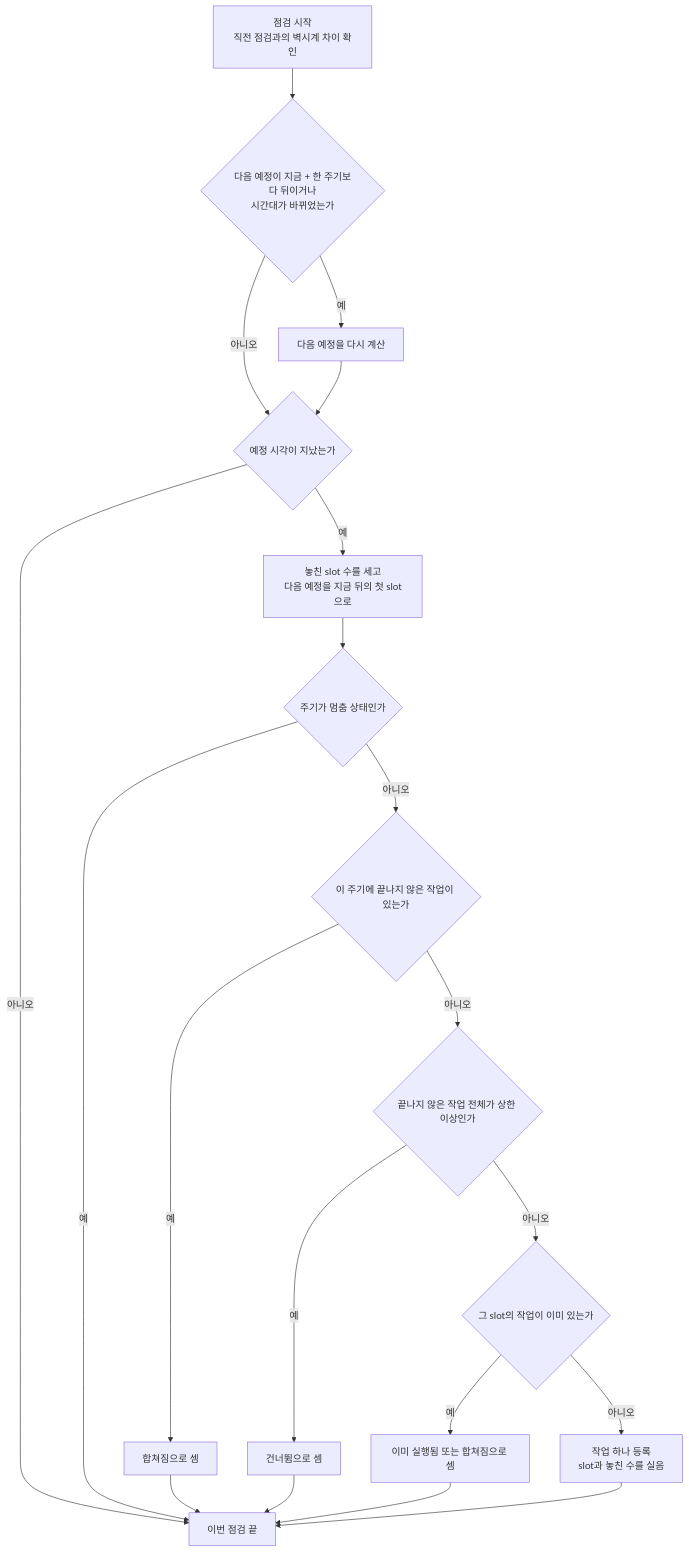
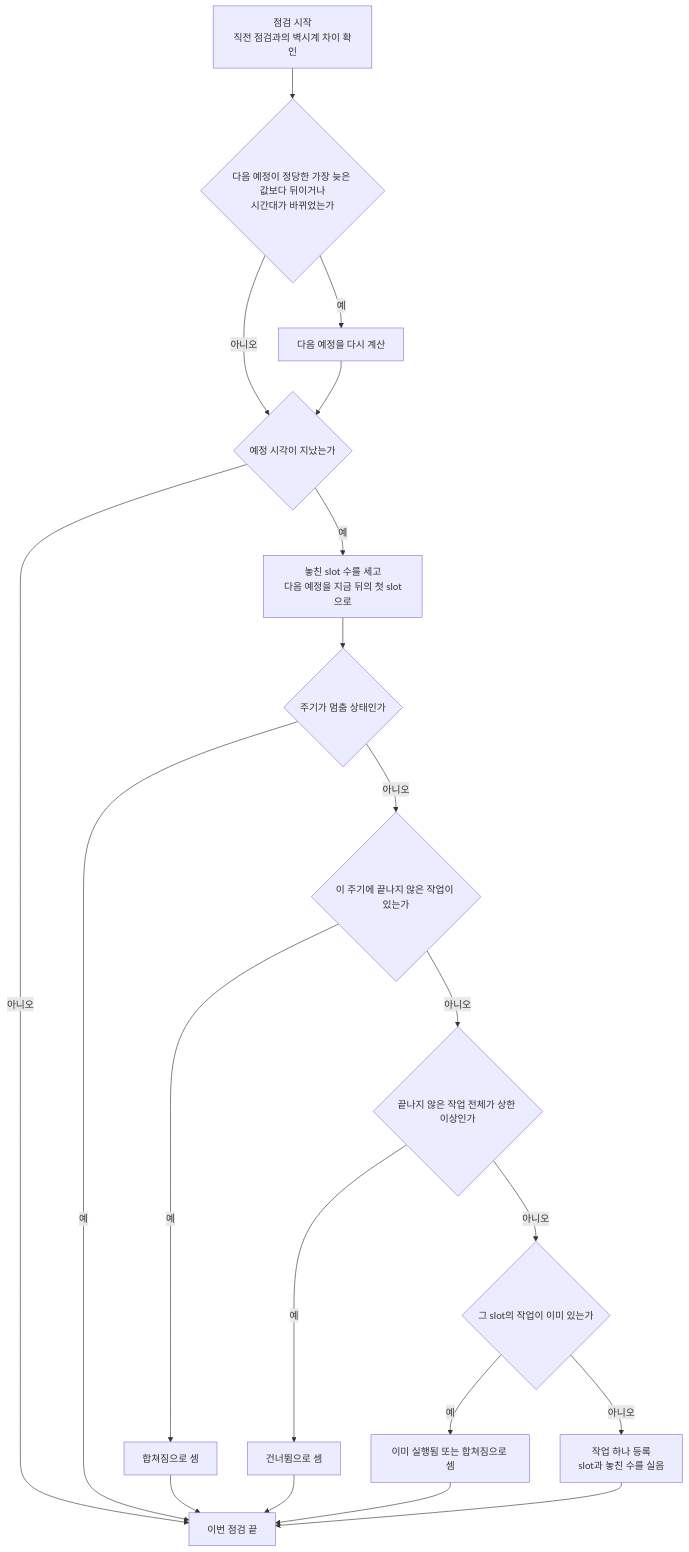
One commit to nohdol97/PKI changed the third of 4 diagrams in docs/specs/2026-11-21-I03-persistent-queue.md. Above: the diagram before and after it, drawn with Mermaid. The commit also changed other lines of this file and 2 other files, not shown here.

````diff
--- a/docs/specs/2026-11-21-I03-persistent-queue.md
+++ b/docs/specs/2026-11-21-I03-persistent-queue.md
@@ -285,22 +285,22 @@
 ```mermaid
 flowchart TD
-  A["점검 시작<br/>직전 점검과의 벽시계 차이 확인"] --> B{"다음 예정이 지금 + 한 주기보다 뒤이거나<br/>시간대가 바뀌었는가"}
+  A["점검 시작<br/>직전 점검과의 벽시계 차이 확인"] --> B{"다음 예정이 정당한 가장 늦은 값보다 뒤이거나<br/>시간대가 바뀌었는가"}
   B -->|"예"| C["다음 예정을 다시 계산"]
   B -->|"아니오"| D{"예정 시각이 지났는가"}
   C --> D
   D -->|"아니오"| Z["이번 점검 끝"]
   D -->|"예"| E["놓친 slot 수를 세고<br/>다음 예정을 지금 뒤의 첫 slot으로"]
   E --> F{"주기가 멈춤 상태인가"}
   F -->|"예"| Z
   F -->|"아니오"| G{"이 주기에 끝나지 않은 작업이 있는가"}
   G -->|"예"| H["합쳐짐으로 셈"]
   G -->|"아니오"| I{"끝나지 않은 작업 전체가 상한 이상인가"}
   I -->|"예"| J["건너뜀으로 셈"]
   I -->|"아니오"| K{"그 slot의 작업이 이미 있는가"}
   K -->|"예"| L["이미 실행됨 또는 합쳐짐으로 셈"]
   K -->|"아니오"| M["작업 하나 등록<br/>slot과 놓친 수를 실음"]
   H --> Z
   J --> Z
   L --> Z
   M --> Z
 ```
````
